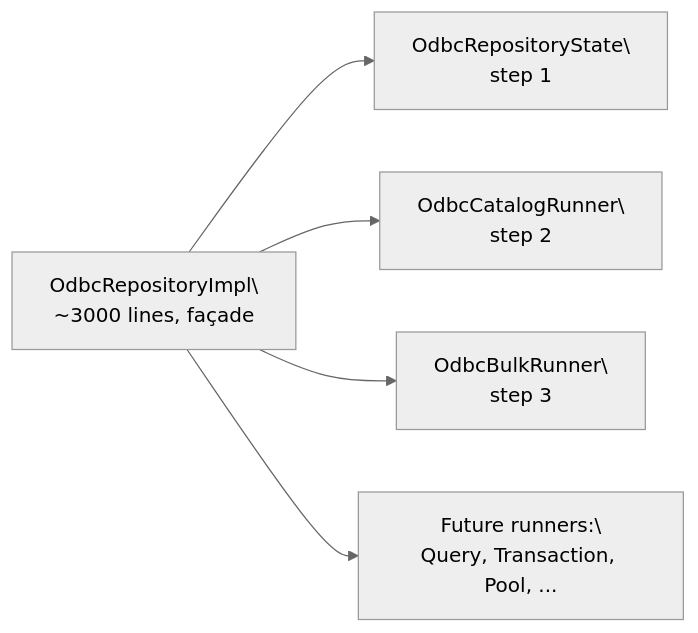
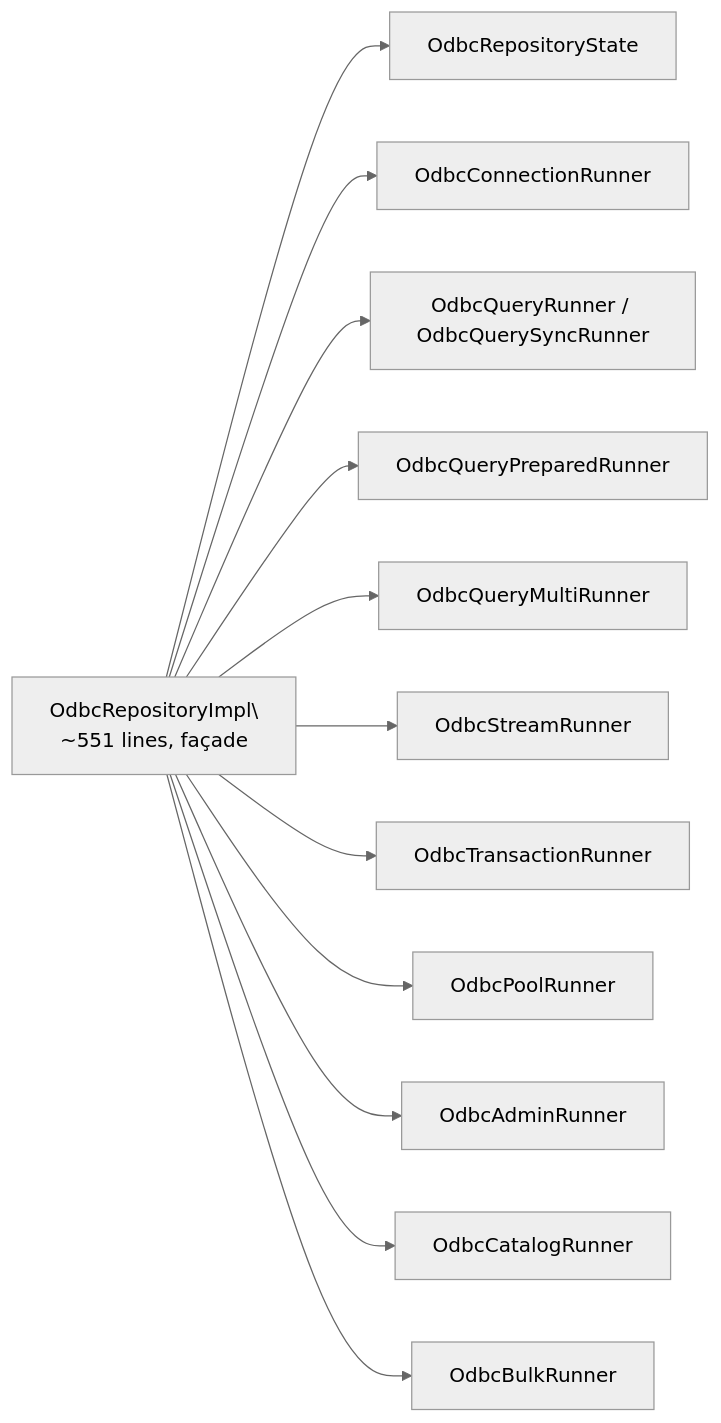
Before and after one commit to cesar-carlos/dart_odbc_fast: the fifth of 6 diagrams in doc/ARCHITECTURE.md, drawn with Mermaid (neutral theme). The commit also changed other lines of this file and 216 other files, not shown here.

````diff
--- a/doc/ARCHITECTURE.md
+++ b/doc/ARCHITECTURE.md
@@ -152,7 +152,14 @@
 ```mermaid
 flowchart LR
-  Repo[OdbcRepositoryImpl\\n~3000 lines, façade] --> State[OdbcRepositoryState\\nstep 1]
-  Repo --> Catalog[OdbcCatalogRunner\\nstep 2]
-  Repo --> Bulk[OdbcBulkRunner\\nstep 3]
-  Repo --> Future[Future runners:\\nQuery, Transaction, Pool, ...]
+  Repo[OdbcRepositoryImpl\\n~551 lines, façade] --> State[OdbcRepositoryState]
+  Repo --> Conn[OdbcConnectionRunner]
+  Repo --> Query[OdbcQueryRunner / OdbcQuerySyncRunner]
+  Repo --> Prep[OdbcQueryPreparedRunner]
+  Repo --> Multi[OdbcQueryMultiRunner]
+  Repo --> Stream[OdbcStreamRunner]
+  Repo --> Txn[OdbcTransactionRunner]
+  Repo --> Pool[OdbcPoolRunner]
+  Repo --> Admin[OdbcAdminRunner]
+  Repo --> Catalog[OdbcCatalogRunner]
+  Repo --> Bulk[OdbcBulkRunner]
 ```
````
